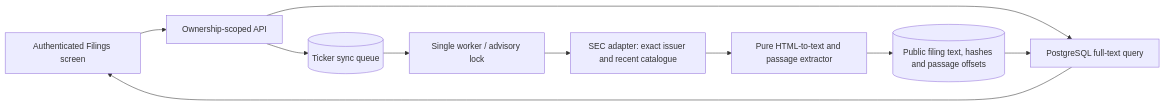
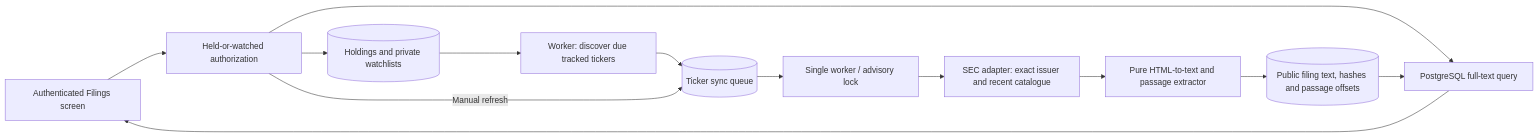
The fourth of 4 diagrams in docs/architecture.md (lam-andrew/portfolio-risk-intelligence), drawn with Mermaid before and after one commit. The commit also changed other lines of this file and 8 other files, not shown here.

````diff
--- a/docs/architecture.md
+++ b/docs/architecture.md
@@ -437,12 +439,15 @@
 ```mermaid
 flowchart LR
-    Screen[Authenticated Filings screen] --> API[Ownership-scoped API]
-    API --> Queue[(Ticker sync queue)]
+    Screen[Authenticated Filings screen] --> API[Held-or-watched authorization]
+    API --> Membership[(Holdings and private watchlists)]
+    Membership --> Scheduler[Worker: discover due tracked tickers]
+    Scheduler --> Queue[(Ticker sync queue)]
+    API -->|Manual refresh| Queue
     Queue --> Worker[Single worker / advisory lock]
     Worker --> SEC[SEC adapter: exact issuer and recent catalogue]
     SEC --> Parser[Pure HTML-to-text and passage extractor]
     Parser --> Corpus[(Public filing text, hashes and passage offsets)]
     API --> Search[PostgreSQL full-text query]
     Corpus --> Search
     Search --> Screen
 ```
````
